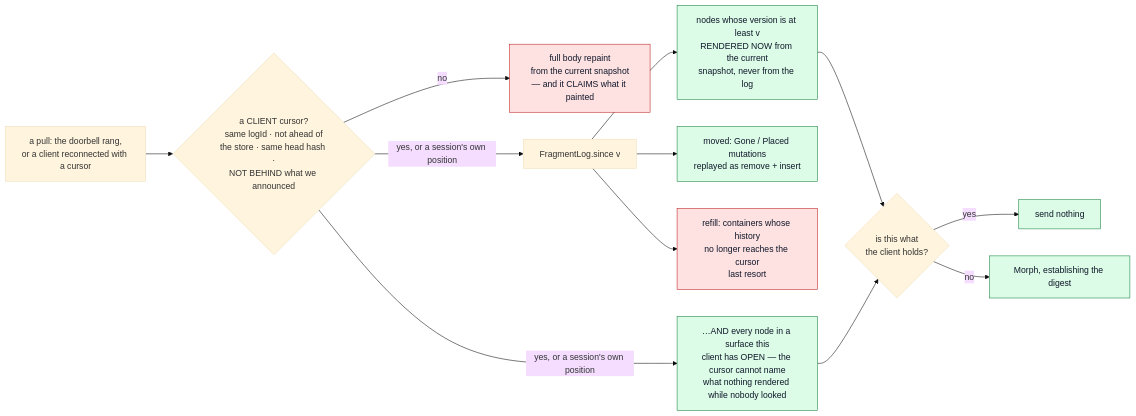
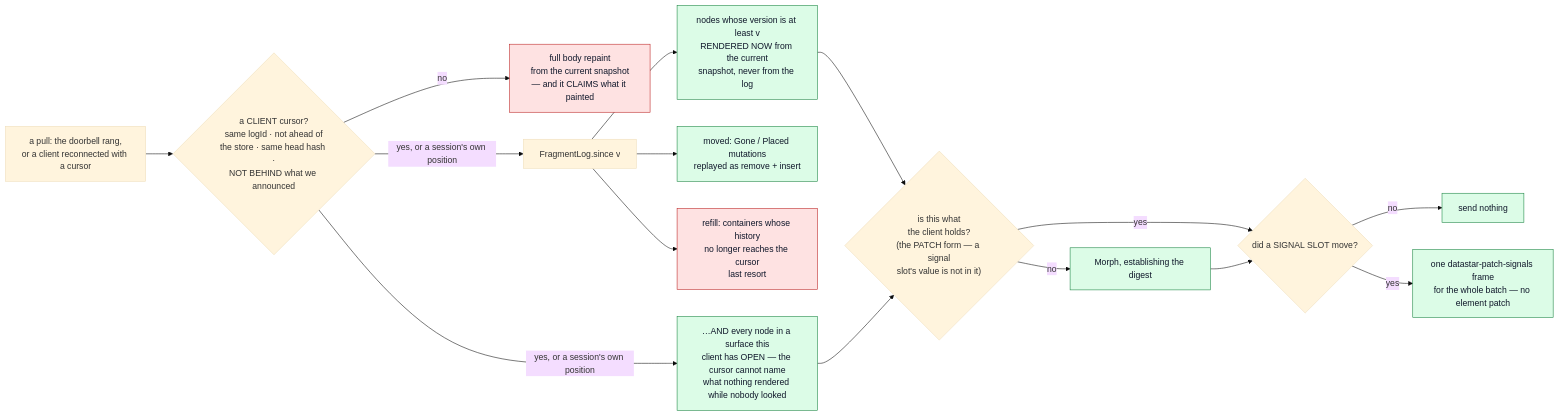
Before and after one commit to perok/functional-home-assistant: the third of 3 diagrams in docs/architecture-rendering-pipeline.md, drawn with Mermaid (base theme). The commit also changed other lines of this file and 26 other files, not shown here.

First line of the commit message:
Signal slots: a value that changes without re-rendering its card (ADR 0017) (#131)

````diff
--- a/docs/architecture-rendering-pipeline.md
+++ b/docs/architecture-rendering-pipeline.md
@@ -509,19 +526,22 @@
 ```mermaid
 flowchart LR
   RC["a pull: the doorbell rang,<br/>or a client reconnected with a cursor"] --> Q{"a CLIENT cursor?<br/>same logId · not ahead of<br/>the store · same head hash ·<br/>NOT BEHIND what we announced"}
   Q -->|no| REPAINT["full body repaint<br/>from the current snapshot<br/>— and it CLAIMS what it painted"]
   Q -->|yes, or a session's own position| SINCE["FragmentLog.since v"]
   SINCE --> N["nodes whose version is at least v<br/>RENDERED NOW from the current<br/>snapshot, never from the log"]
   SINCE --> M["moved: Gone / Placed mutations<br/>replayed as remove + insert"]
   SINCE --> R["refill: containers whose history<br/>no longer reaches the cursor<br/>last resort"]
   Q -->|yes, or a session's own position| OPENN["…AND every node in a surface this<br/>client has OPEN — the cursor cannot name<br/>what nothing rendered while nobody looked"]
-  N --> HOLD{"is this what<br/>the client holds?"}
+  N --> HOLD{"is this what<br/>the client holds?<br/>(the PATCH form — a signal<br/>slot's value is not in it)"}
   OPENN --> HOLD
-  HOLD -->|yes| DROP["send nothing"]
+  HOLD -->|yes| SIG{"did a SIGNAL SLOT move?"}
   HOLD -->|no| SEND["Morph, establishing the digest"]
+  SEND --> SIG
+  SIG -->|no| DROP["send nothing"]
+  SIG -->|yes| FRAME["one datastar-patch-signals frame<br/>for the whole batch — no element patch"]
 
   classDef ok fill:#dcfce7,stroke:#15803d,color:#0f172a
   classDef bad fill:#fee2e2,stroke:#b91c1c,color:#0f172a
-  class N,M,OPENN,SEND,DROP ok
+  class N,M,OPENN,SEND,DROP,FRAME ok
   class REPAINT,R bad
 ```
````
